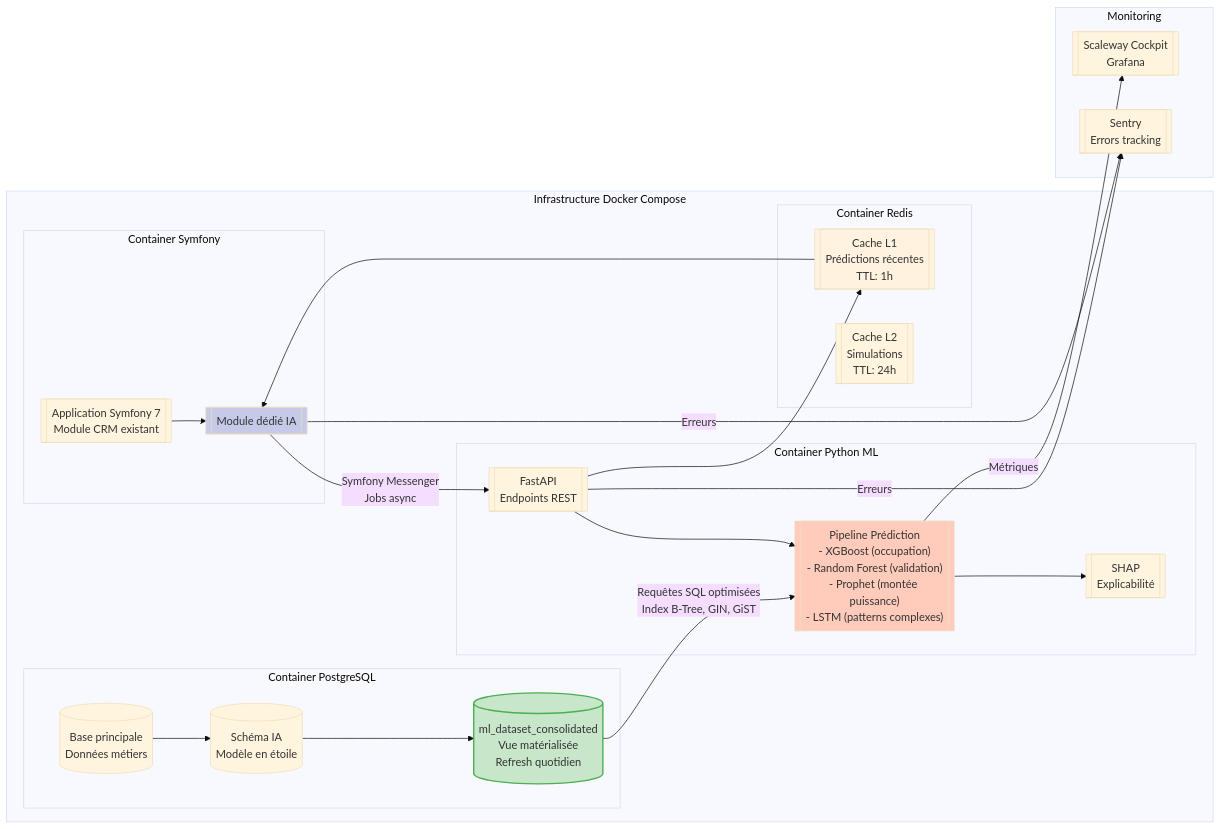
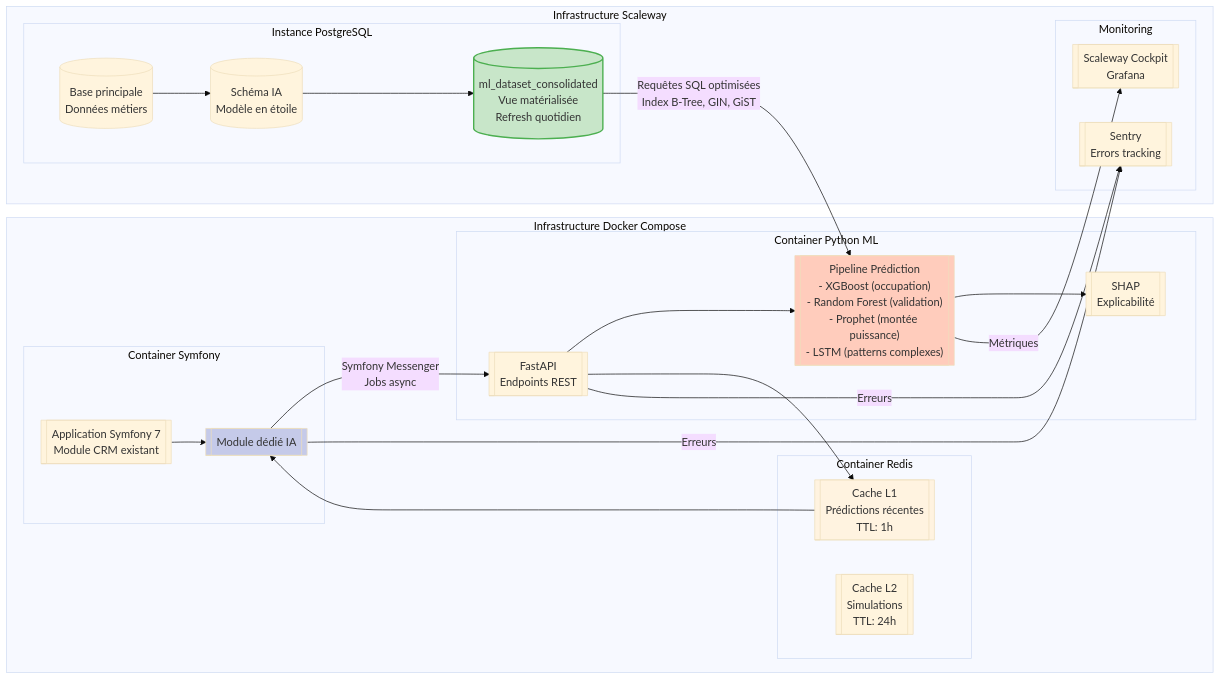
Before and after one commit to cmatheo/memoire-m2: the diagram in Diagramme des flux de données vers les modèles IA.md, drawn with Mermaid (base theme).

Commit message:
Update Diagramme des flux de données vers les modèles IA.md

````diff
--- a/Diagramme des flux de données vers les modèles IA.md
+++ b/Diagramme des flux de données vers les modèles IA.md
@@ -1,54 +1,57 @@
 ```mermaid
 graph LR
     subgraph "Infrastructure Docker Compose"
         subgraph "Container Symfony"
             A1[["Application Symfony 7<br/>Module CRM existant"]]
             A2[["Module dédié IA"]]
-        end
-        
-        subgraph "Container PostgreSQL"
-            B1[("Base principale<br/>Données métiers")]
-            B2[("Schéma IA<br/>Modèle en étoile")]
-            B3[("ml_dataset_consolidated<br/>Vue matérialisée<br/>Refresh quotidien")]
         end
         
         subgraph "Container Python ML"
             C1[["FastAPI<br/>Endpoints REST"]]
             C2[["Pipeline Prédiction<br/>- XGBoost (occupation)<br/>- Random Forest (validation)<br/>- Prophet (montée puissance)<br/>- LSTM (patterns complexes)"]]
             C3[["SHAP<br/>Explicabilité"]]
         end
         
         subgraph "Container Redis"
             D1[["Cache L1<br/>Prédictions récentes<br/>TTL: 1h"]]
             D2[["Cache L2<br/>Simulations<br/>TTL: 24h"]]
         end
     end
-    
-    subgraph "Monitoring"
-        E1[["Scaleway Cockpit<br/>Grafana"]]
-        E2[["Sentry<br/>Errors tracking"]]
+
+    subgraph "Infrastructure Scaleway"
+        subgraph "Instance PostgreSQL"
+            B1[("Base principale<br/>Données métiers")]
+            B2[("Schéma IA<br/>Modèle en étoile")]
+            B3[("ml_dataset_consolidated<br/>Vue matérialisée<br/>Refresh quotidien")]
+        end
+        
+        subgraph "Monitoring"
+            E1[["Scaleway Cockpit<br/>Grafana"]]
+            E2[["Sentry<br/>Errors tracking"]]
+        end
     end
     
     B1 --> B2
     B2 --> B3
     
     A1 --> A2
     A2 -->|"Symfony Messenger<br/>Jobs async"| C1
     
     B3 -->|"Requêtes SQL optimisées<br/>Index B-Tree, GIN, GiST"| C2
     
     C1 --> C2
     C2 --> C3
     
     C1 --> D1
     D1 --> A2
     
     C2 -->|"Métriques"| E1
     A2 -->|"Erreurs"| E2
     C1 -->|"Erreurs"| E2
     
     style A2 fill:#c5cae9
     style B3 fill:#c8e6c9,stroke:#4caf50,stroke-width:2px
     style C2 fill:#ffccbc
     style D1 fill:#fff3e0
+
 ```
````
